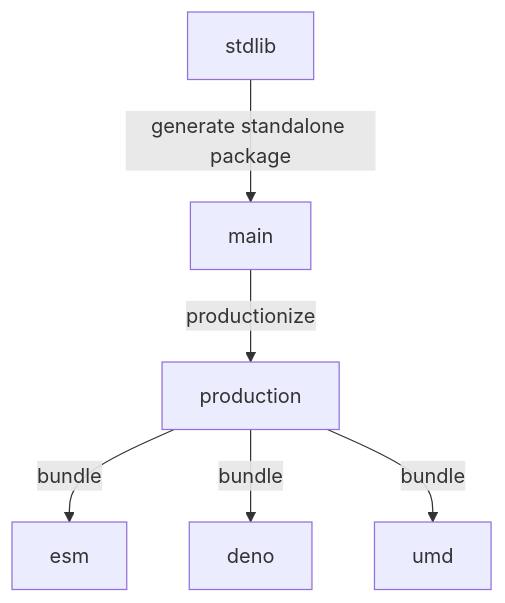
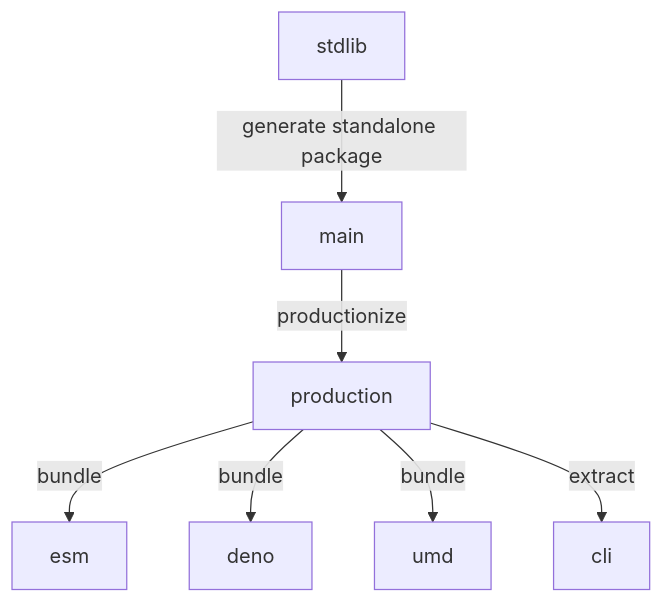
The diagram in branches.md (stdlib-js/string-from-code-point), drawn with Mermaid before and after one commit. The commit also changed other lines of this file and 8 other files, not shown here.

````diff
--- a/branches.md
+++ b/branches.md
@@ -33,15 +34,17 @@
 ```mermaid
 graph TD;
 A[stdlib]-->|generate standalone package|B;
 B[main] -->|productionize| C[production];
 C -->|bundle| D[esm];
 C -->|bundle| E[deno];
 C -->|bundle| F[umd];
+C -->|extract| G[cli];
 
-click A href "https://github.com/stdlib-js/stdlib/tree/develop/lib/node_modules/%40stdlib/string/from-code-point"
-click B href "https://github.com/stdlib-js/string-from-code-point/tree/main"
-click C href "https://github.com/stdlib-js/string-from-code-point/tree/production"
-click D href "https://github.com/stdlib-js/string-from-code-point/tree/esm"
-click E href "https://github.com/stdlib-js/string-from-code-point/tree/deno"
-click F href "https://github.com/stdlib-js/string-from-code-point/tree/umd"
+%% click A href "https://github.com/stdlib-js/stdlib/tree/develop/lib/node_modules/%40stdlib/string/from-code-point"
+%% click B href "https://github.com/stdlib-js/string-from-code-point/tree/main"
+%% click C href "https://github.com/stdlib-js/string-from-code-point/tree/production"
+%% click D href "https://github.com/stdlib-js/string-from-code-point/tree/esm"
+%% click E href "https://github.com/stdlib-js/string-from-code-point/tree/deno"
+%% click F href "https://github.com/stdlib-js/string-from-code-point/tree/umd"
+%% click G href "https://github.com/stdlib-js/string-from-code-point/tree/cli"
 ```
````
